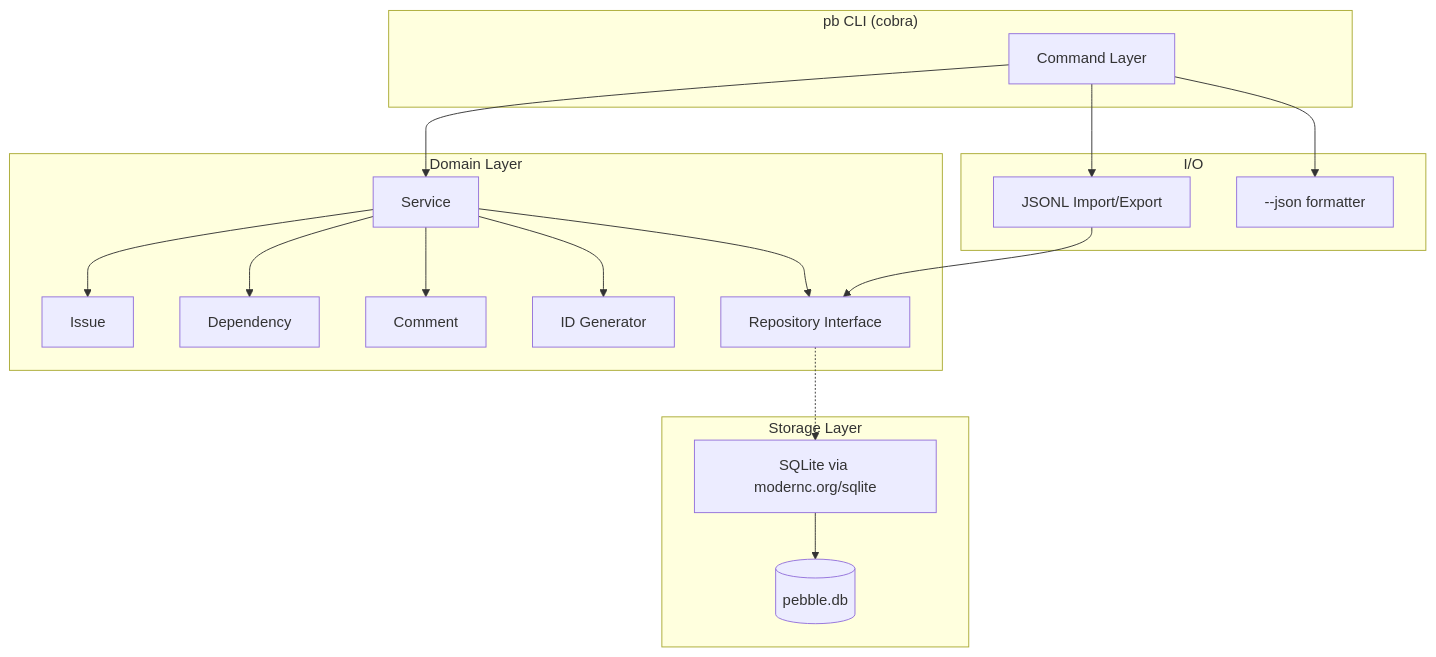
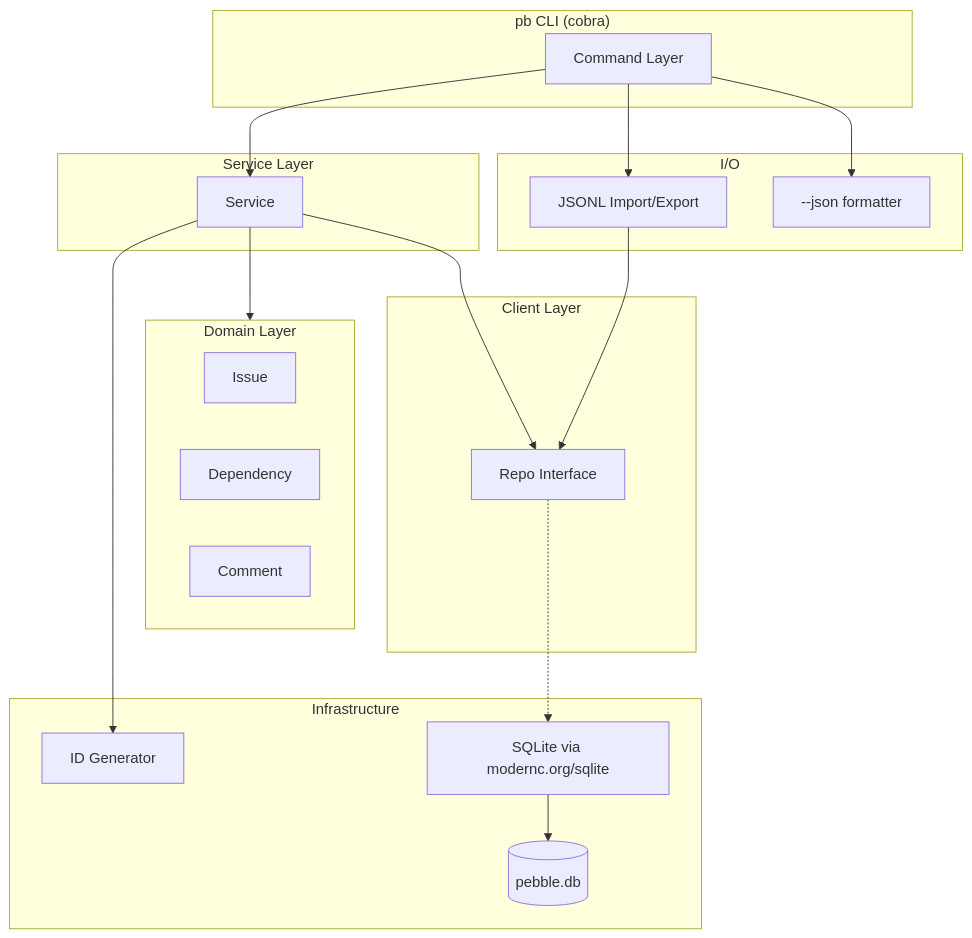
One commit to w-h-a/bees changed the diagram in README.md. Above: the diagram before and after it, drawn with Mermaid.

````diff
--- a/README.md
+++ b/README.md
@@ -13,37 +13,41 @@
 ```mermaid
 graph TD
   subgraph CLI ["pb CLI (cobra)"]
       CMD[Command Layer]
   end
 
+  subgraph Service ["Service Layer"]
+    SVC[Service]
+  end
+
   subgraph Domain ["Domain Layer"]
-      SVC[Service]
       ISSUE[Issue]
       DEP[Dependency]
       COMMENT[Comment]
-      IDGEN[ID Generator]
-      REPO_IF[Repository Interface]
   end
 
-  subgraph Storage ["Storage Layer"]
-      SQLITE[SQLite via modernc.org/sqlite]
-      DB[(pebble.db)]
+  subgraph Client ["Client Layer"]
+    REPO_IF[Repo Interface]
+  end
+
+  subgraph Infra ["Infrastructure"]
+    IDGEN[ID Generator]
+    SQLITE[SQLite via modernc.org/sqlite]
+    DB[(pebble.db)]
   end
 
   subgraph IO ["I/O"]
       JSONL[JSONL Import/Export]
       JSON[--json formatter]
   end
 
   CMD --> SVC
   CMD --> JSONL
   CMD --> JSON
-  SVC --> ISSUE
-  SVC --> DEP
-  SVC --> COMMENT
+  SVC --> Domain
   SVC --> IDGEN
   SVC --> REPO_IF
   REPO_IF -.-> SQLITE
   SQLITE --> DB
   JSONL --> REPO_IF
 ```
````
